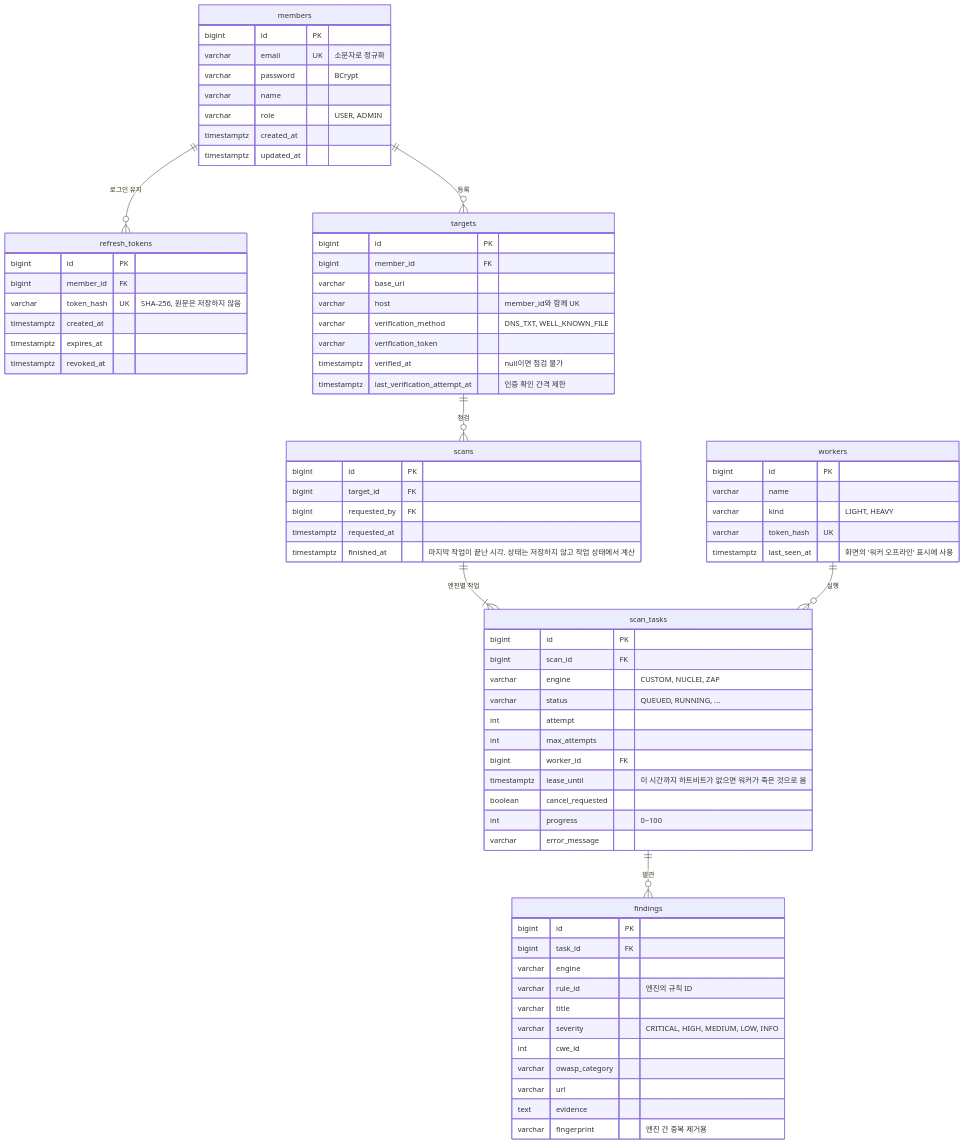
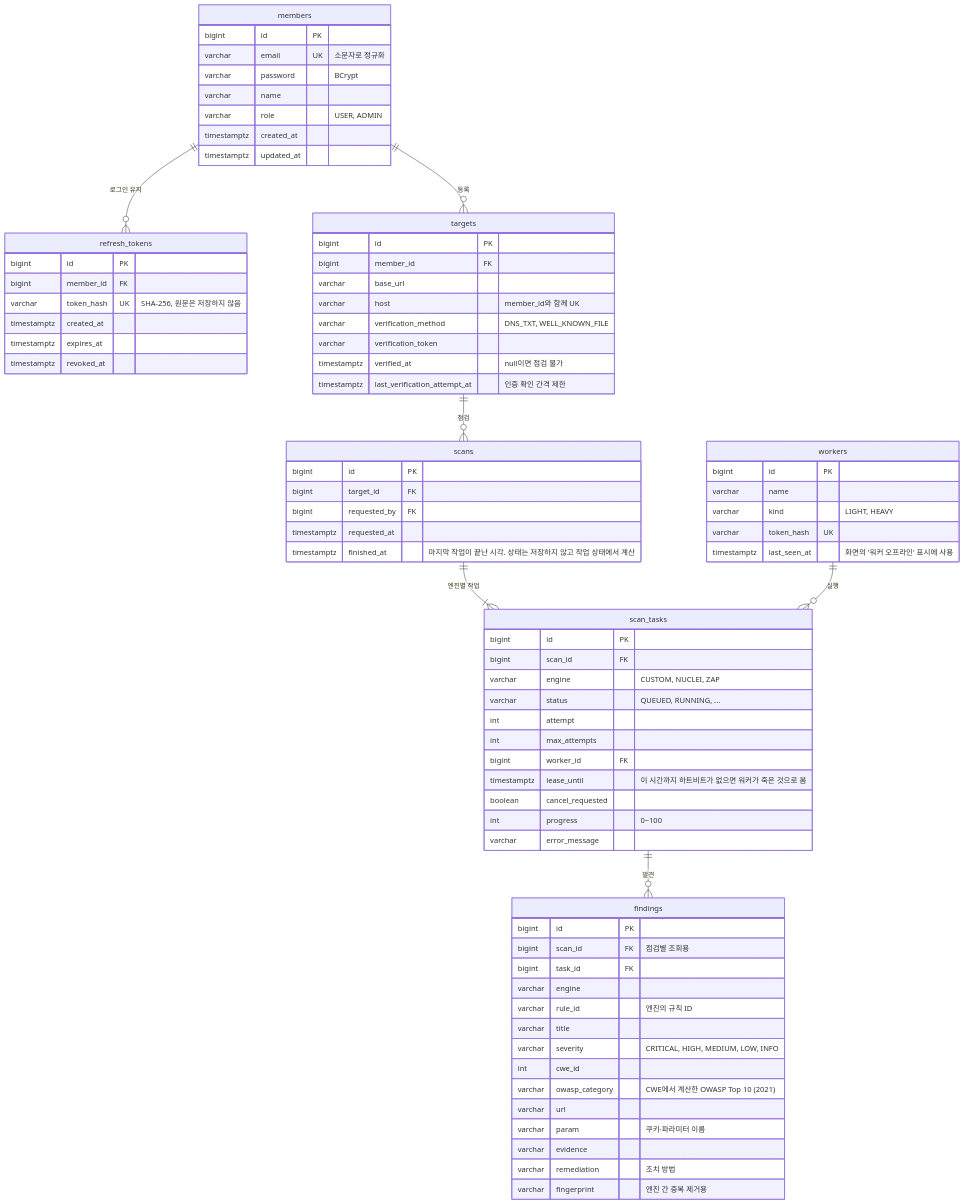
The second of 3 diagrams in docs/design.md (khj0317/ScanMesh), drawn with Mermaid before and after one commit. The commit also changed other lines of this file and 42 other files, not shown here.

````diff
--- a/docs/design.md
+++ b/docs/design.md
@@ -33,77 +33,80 @@
 ```mermaid
 erDiagram
     members ||--o{ refresh_tokens : "로그인 유지"
     members ||--o{ targets : "등록"
     targets ||--o{ scans : "점검"
     scans ||--|{ scan_tasks : "엔진별 작업"
     scan_tasks ||--o{ findings : "발견"
     workers ||--o{ scan_tasks : "실행"
 
     members {
         bigint id PK
         varchar email UK "소문자로 정규화"
         varchar password "BCrypt"
         varchar name
         varchar role "USER, ADMIN"
         timestamptz created_at
         timestamptz updated_at
     }
     refresh_tokens {
         bigint id PK
         bigint member_id FK
         varchar token_hash UK "SHA-256, 원문은 저장하지 않음"
         timestamptz created_at
         timestamptz expires_at
         timestamptz revoked_at
     }
     targets {
         bigint id PK
         bigint member_id FK
         varchar base_url
         varchar host "member_id와 함께 UK"
         varchar verification_method "DNS_TXT, WELL_KNOWN_FILE"
         varchar verification_token
         timestamptz verified_at "null이면 점검 불가"
         timestamptz last_verification_attempt_at "인증 확인 간격 제한"
     }
     scans {
         bigint id PK
         bigint target_id FK
         bigint requested_by FK
         timestamptz requested_at
         timestamptz finished_at "마지막 작업이 끝난 시각. 상태는 저장하지 않고 작업 상태에서 계산"
     }
     scan_tasks {
         bigint id PK
         bigint scan_id FK
         varchar engine "CUSTOM, NUCLEI, ZAP"
         varchar status "QUEUED, RUNNING, ..."
         int attempt
         int max_attempts
         bigint worker_id FK
         timestamptz lease_until "이 시간까지 하트비트가 없으면 워커가 죽은 것으로 봄"
         boolean cancel_requested
         int progress "0~100"
         varchar error_message
     }
     findings {
         bigint id PK
+        bigint scan_id FK "점검별 조회용"
         bigint task_id FK
         varchar engine
         varchar rule_id "엔진의 규칙 ID"
         varchar title
         varchar severity "CRITICAL, HIGH, MEDIUM, LOW, INFO"
         int cwe_id
-        varchar owasp_category
+        varchar owasp_category "CWE에서 계산한 OWASP Top 10 (2021)"
         varchar url
-        text evidence
+        varchar param "쿠키·파라미터 이름"
+        varchar evidence
+        varchar remediation "조치 방법"
         varchar fingerprint "엔진 간 중복 제거용"
     }
     workers {
         bigint id PK
         varchar name
         varchar kind "LIGHT, HEAVY"
         varchar token_hash UK
         timestamptz last_seen_at "화면의 '워커 오프라인' 표시에 사용"
     }
 ```
````
